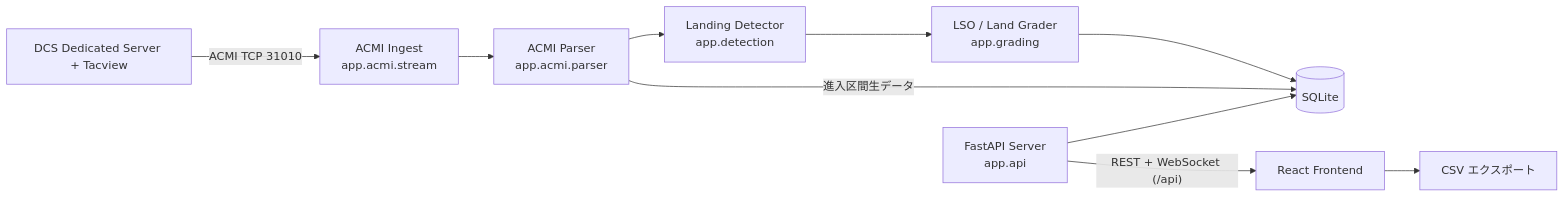
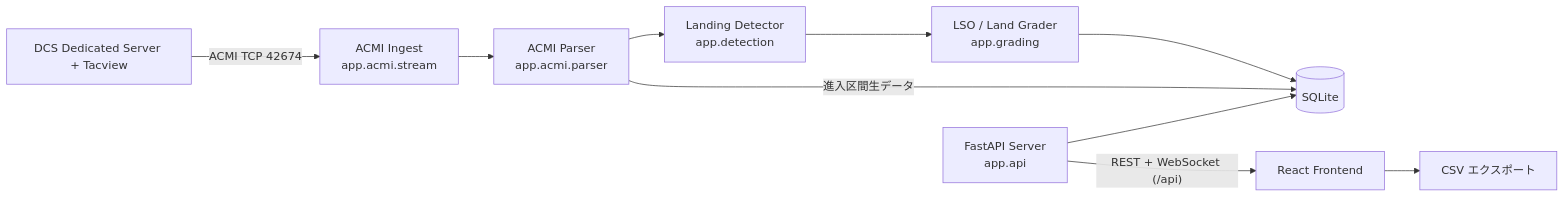
Before and after one commit to MasterMk2/DCSLandingTeacher: the diagram in docs/architecture.md, drawn with Mermaid. The commit also changed 4 other files, not shown here.

````diff
--- a/docs/architecture.md
+++ b/docs/architecture.md
@@ -8,12 +8,12 @@
 ```mermaid
 flowchart LR
-    DCS[DCS Dedicated Server + Tacview] -- "ACMI TCP 31010" --> ING[ACMI Ingest<br/>app.acmi.stream]
+    DCS[DCS Dedicated Server + Tacview] -- "ACMI TCP 42674" --> ING[ACMI Ingest<br/>app.acmi.stream]
     ING --> PARSER[ACMI Parser<br/>app.acmi.parser]
     PARSER --> DETECTOR[Landing Detector<br/>app.detection]
     DETECTOR --> GRADER[LSO / Land Grader<br/>app.grading]
     GRADER --> DB[(SQLite)]
     PARSER -- 進入区間生データ --> DB
     API[FastAPI Server<br/>app.api] --> DB
     API -- "REST + WebSocket (/api)" --> UI[React Frontend]
     UI --> SHEET[CSV エクスポート]
 ```
````
